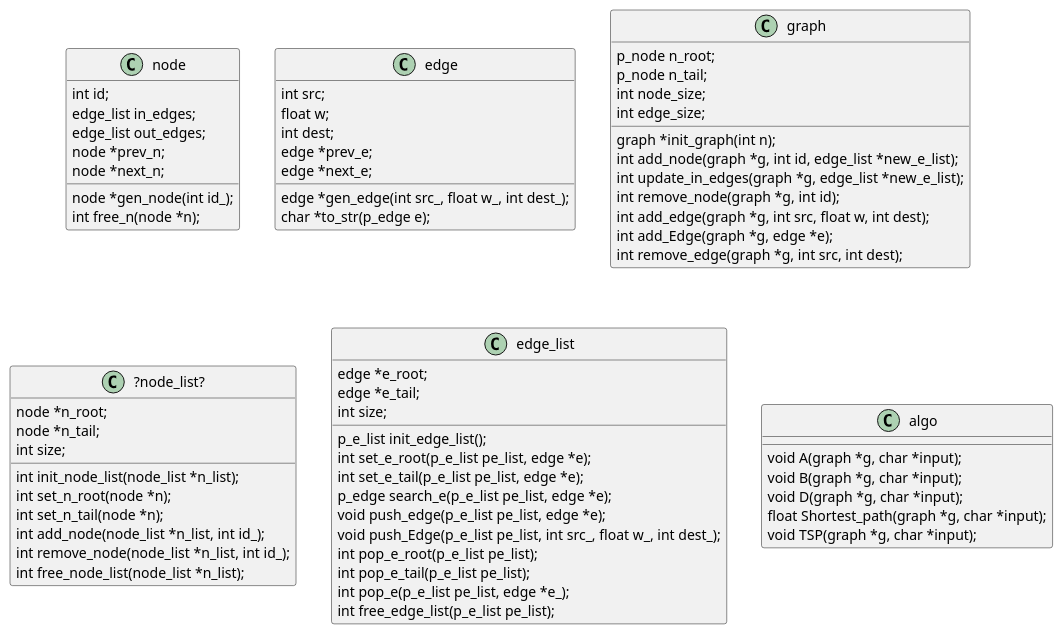
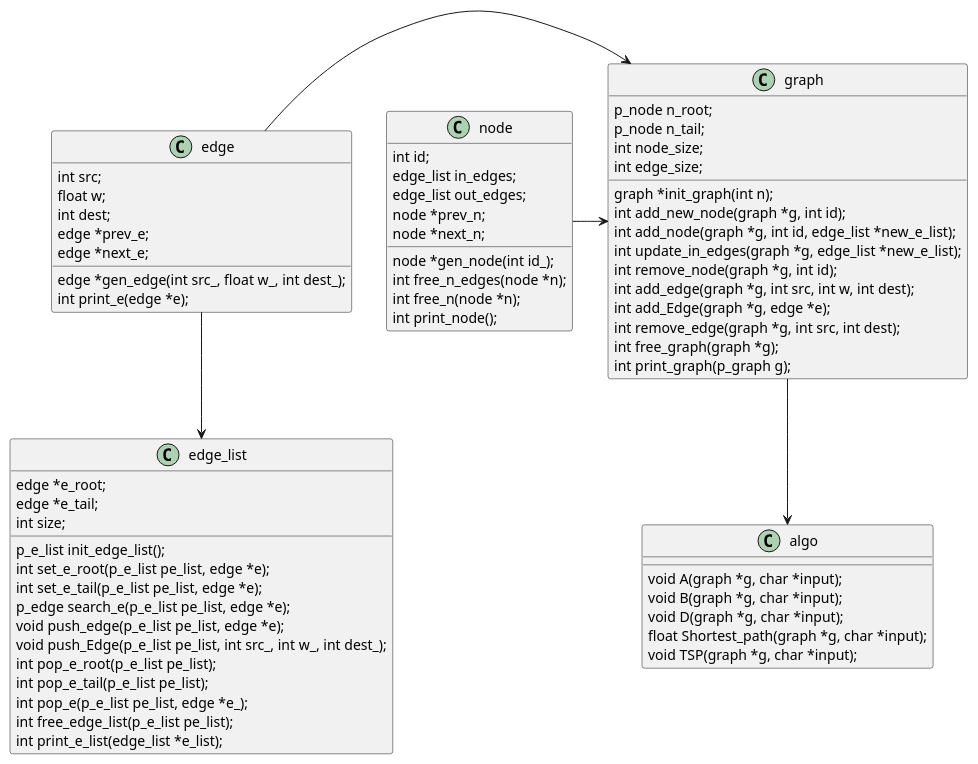
One commit to RF555/SofSys_Ex4 changed the diagram in Ex4_UML.puml. Above: the diagram before and after it, drawn with PlantUML. The commit also changed 5 other files, not shown here.

Commit message:
main graph test- free_graph-DONE!

```diff
--- a/Ex4_UML.puml
+++ b/Ex4_UML.puml
@@ -1,79 +1,92 @@
 @startuml
 
 'graph -> edge_list
 'graph -> node_list
 'node_list --> node
 'edge_list --> edge
 'algo --> graph
 
+graph --> algo
+edge -> graph
+edge --> edge_list
+node -> graph
 
-class node{
-int id;
-edge_list in_edges;
-edge_list out_edges;
-node *prev_n;
-node *next_n;
-node *gen_node(int id_);
-int free_n(node *n);
+
+class graph{
+p_node n_root;
+p_node n_tail;
+int node_size;
+int edge_size;
+graph *init_graph(int n);
+int add_new_node(graph *g, int id);
+int add_node(graph *g, int id, edge_list *new_e_list);
+int update_in_edges(graph *g, edge_list *new_e_list);
+int remove_node(graph *g, int id);
+int add_edge(graph *g, int src, int w, int dest);
+int add_Edge(graph *g, edge *e);
+int remove_edge(graph *g, int src, int dest);
+int free_graph(graph *g);
+int print_graph(p_graph g);
 }
 
 class edge{
 int src;
 float w;
 int dest;
 edge *prev_e;
 edge *next_e;
 edge *gen_edge(int src_, float w_, int dest_);
-char *to_str(p_edge e);
+int print_e(edge *e);
 }
 
-class graph{
-p_node n_root;
-p_node n_tail;
-int node_size;
-int edge_size;
-graph *init_graph(int n);
-int add_node(graph *g, int id, edge_list *new_e_list);
-int update_in_edges(graph *g, edge_list *new_e_list);
-int remove_node(graph *g, int id);
-int add_edge(graph *g, int src, float w, int dest);
-int add_Edge(graph *g, edge *e);
-int remove_edge(graph *g, int src, int dest);
-}
-
-class ?node_list?{
-node *n_root;
-node *n_tail;
-int size;
-int init_node_list(node_list *n_list);
-int set_n_root(node *n);
-int set_n_tail(node *n);
-int add_node(node_list *n_list, int id_);
-int remove_node(node_list *n_list, int id_);
-int free_node_list(node_list *n_list);
-}
-class edge_list{
-edge *e_root;
-edge *e_tail;
-int size;
-p_e_list init_edge_list();
-int set_e_root(p_e_list pe_list, edge *e);
-int set_e_tail(p_e_list pe_list, edge *e);
-p_edge search_e(p_e_list pe_list, edge *e);
-void push_edge(p_e_list pe_list, edge *e);
-void push_Edge(p_e_list pe_list, int src_, float w_, int dest_);
-int pop_e_root(p_e_list pe_list);
-int pop_e_tail(p_e_list pe_list);
-int pop_e(p_e_list pe_list, edge *e_);
-int free_edge_list(p_e_list pe_list);
+class node{
+int id;
+edge_list in_edges;
+edge_list out_edges;
+node *prev_n;
+node *next_n;
+node *gen_node(int id_);
+int free_n_edges(node *n);
+int free_n(node *n);
+int print_node();
 }
 
 class algo{
 void A(graph *g, char *input);
 void B(graph *g, char *input);
 void D(graph *g, char *input);
 float Shortest_path(graph *g, char *input);
 void TSP(graph *g, char *input);
 }
 
+class edge_list{
+edge *e_root;
+edge *e_tail;
+int size;
+p_e_list init_edge_list();
+int set_e_root(p_e_list pe_list, edge *e);
+int set_e_tail(p_e_list pe_list, edge *e);
+p_edge search_e(p_e_list pe_list, edge *e);
+void push_edge(p_e_list pe_list, edge *e);
+void push_Edge(p_e_list pe_list, int src_, int w_, int dest_);
+int pop_e_root(p_e_list pe_list);
+int pop_e_tail(p_e_list pe_list);
+int pop_e(p_e_list pe_list, edge *e_);
+int free_edge_list(p_e_list pe_list);
+int print_e_list(edge_list *e_list);
+}
+
+
+'class ?node_list?{
+'node *n_root;
+'node *n_tail;
+'int size;
+'int init_node_list(node_list *n_list);
+'int set_n_root(node *n);
+'int set_n_tail(node *n);
+'int add_node(node_list *n_list, int id_);
+'int remove_node(node_list *n_list, int id_);
+'int free_node_list(node_list *n_list);
+'}
+
 @enduml
```
